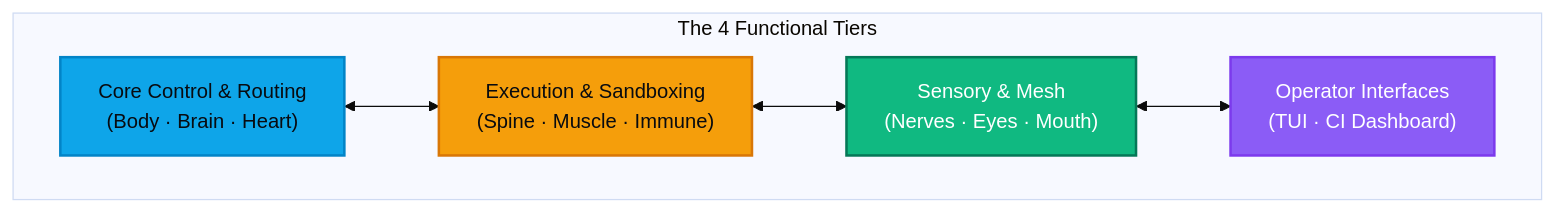
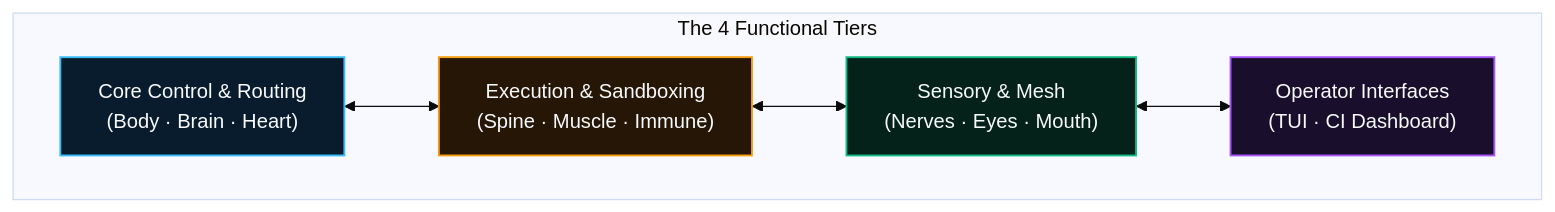
One commit to autonomic-ai-dev/website changed the diagram in src/routes/docs/+page.md. Above: the diagram before and after it, drawn with Mermaid (base theme). The commit also changed 13 other files, not shown here.

Commit message:
fix(docs): aerospace dark cybernetic palette for Mermaid charts and high-contrast labels

````diff
--- a/src/routes/docs/+page.md
+++ b/src/routes/docs/+page.md
@@ -11,22 +11,22 @@
 ```mermaid
 flowchart TD
     subgraph Tiers["The 4 Functional Tiers"]
         Core["Core Control & Routing\n(Body · Brain · Heart)"]
         Execution["Execution & Sandboxing\n(Spine · Muscle · Immune)"]
         Sensory["Sensory & Mesh\n(Nerves · Eyes · Mouth)"]
         Interface["Operator Interfaces\n(TUI · CI Dashboard)"]
     end
 
     Core <--> Execution
     Execution <--> Sensory
     Sensory <--> Interface
 
-    classDef core fill:#0ea5e9,stroke:#0284c7,stroke-width:2px,color:#080b10;
-    classDef exec fill:#f59e0b,stroke:#d97706,stroke-width:2px,color:#080b10;
-    classDef sensory fill:#10b981,stroke:#047857,stroke-width:2px,color:#ffffff;
-    classDef iface fill:#8b5cf6,stroke:#7c3aed,stroke-width:2px,color:#ffffff;
+    classDef core fill:#081c2e,stroke:#38bdf8,stroke-width:1.5px,color:#f8fafc;
+    classDef exec fill:#261606,stroke:#f59e0b,stroke-width:1.5px,color:#f8fafc;
+    classDef sensory fill:#04211a,stroke:#10b981,stroke-width:1.5px,color:#f8fafc;
+    classDef iface fill:#190e2b,stroke:#a855f7,stroke-width:1.5px,color:#f8fafc;
     class Core core;
     class Execution exec;
     class Sensory sensory;
     class Interface iface;
 ```
````
